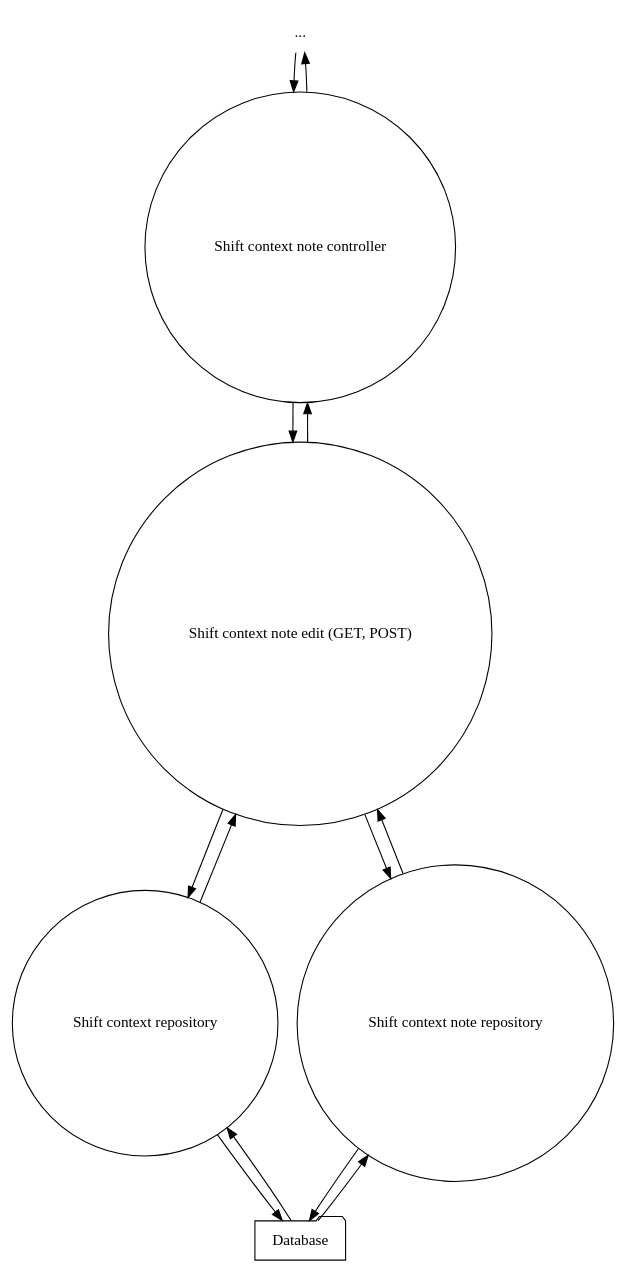
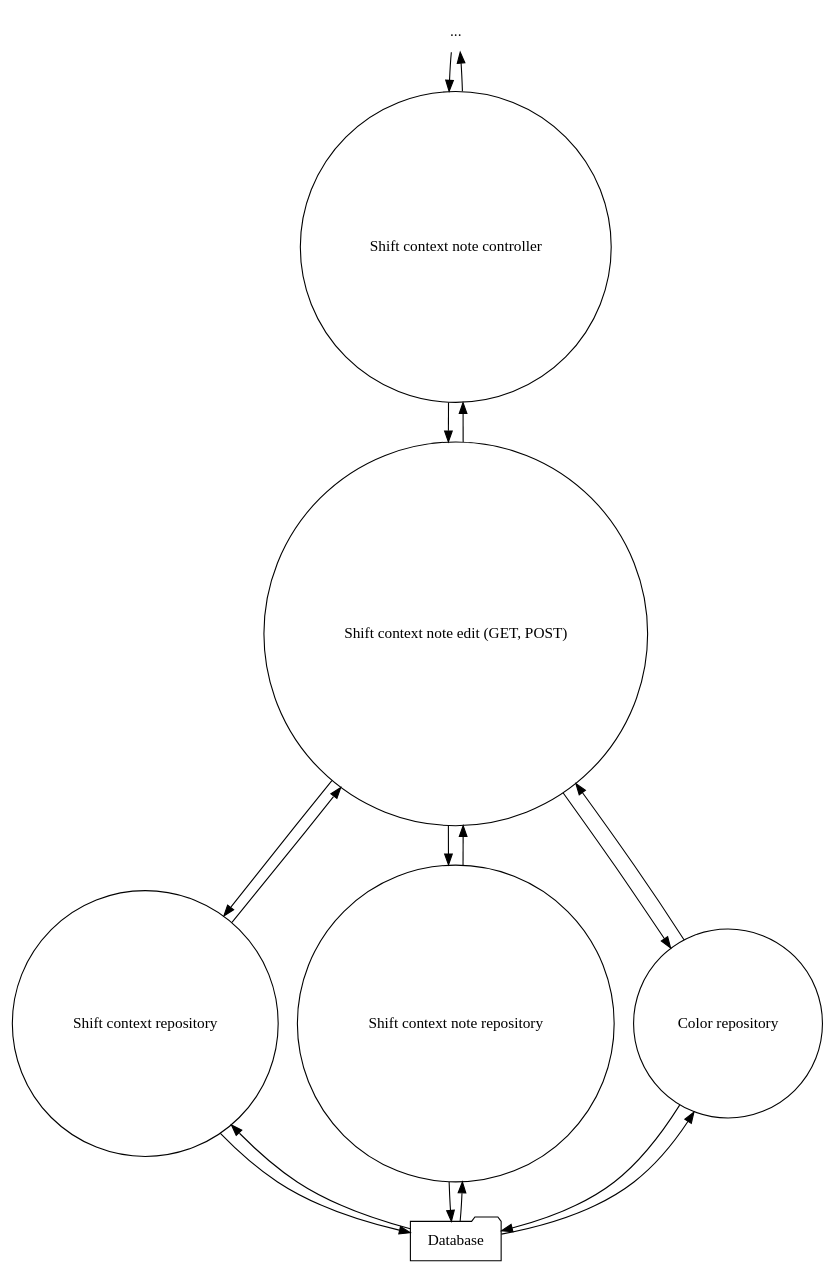
Before and after one commit to luke-hamann/stc-cis-248: the diagram in docs/data_flow_diagrams/level_3.6_shift_context_notes.dot, drawn with Graphviz.

```diff
--- a/docs/data_flow_diagrams/level_3.6_shift_context_notes.dot
+++ b/docs/data_flow_diagrams/level_3.6_shift_context_notes.dot
@@ -1,30 +1,33 @@
 digraph data_flow_diagram {
     node [ shape = circle ]
     
     "..." [ shape = none ]
     
     "..." -> "Shift context note controller" -> "..."
 
     "Shift context note controller" -> {
         "Shift context note edit (GET, POST)"
     } -> "Shift context note controller"
     
     subgraph repositories {
         rank = same
         
         "Shift context repository"
         "Shift context note repository"
+        "Color repository"
     }
     
     "Shift context note edit (GET, POST)" -> {
         "Shift context repository"
         "Shift context note repository"
+        "Color repository"
     } -> "Shift context note edit (GET, POST)"
     
     Database [ shape = folder ]
     
     Database -> {
         "Shift context repository"
         "Shift context note repository"
+        "Color repository"
     } -> Database
 }
```
